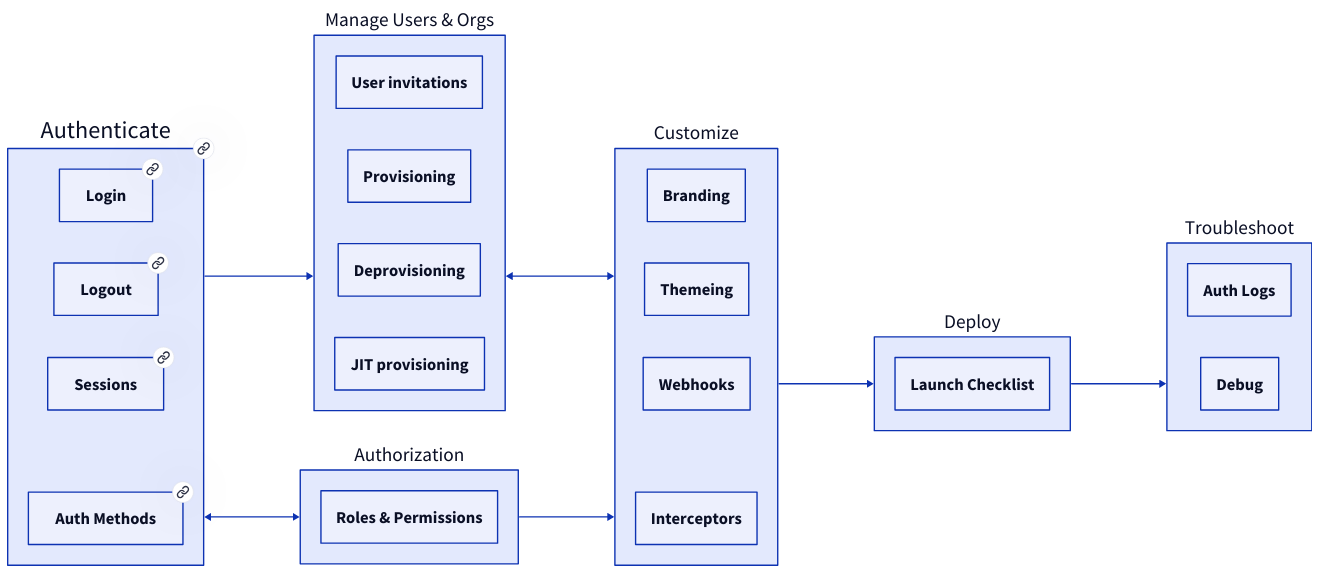
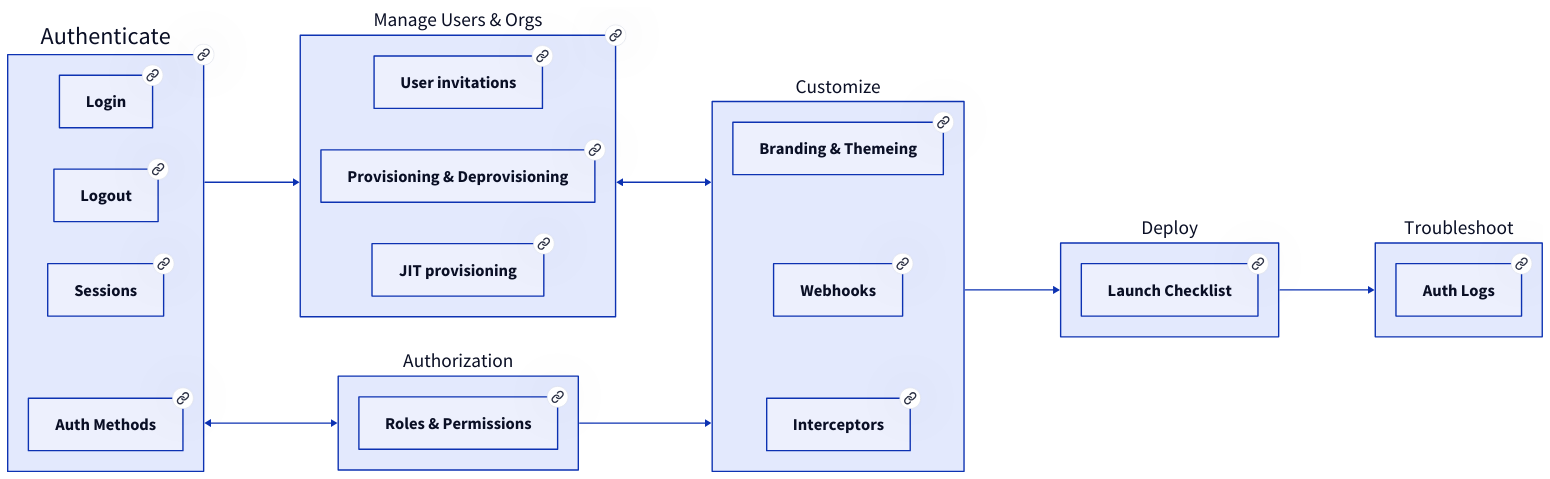
The diagram in src/content/docs/index.mdx (scalekit-inc/developer-docs), drawn with D2 before and after one commit. The commit also changed 1 other file, not shown here.

Commit message:
chore: update SVG diagram for user invitations and enhance index documentation with improved links for better navigation and clarity

````diff
--- a/src/content/docs/index.mdx
+++ b/src/content/docs/index.mdx
@@ -29,7 +29,9 @@
 ```d2 inline=true
 direction: right;
 
-a: "Manage Users & Orgs"
+a: "Manage Users & Orgs" {
+  link: "/fsa/guides/manage-users"
+}
 
 Authenticate.Login {
   link: "/#for-agent-developers"
@@ -61,34 +63,35 @@
 Authenticate -> a
 
 a."User invitations" {
+  link: "/fsa/guides/user-invitations"
   style.font-size: 24
 }
-a."Provisioning" {
-  style.font-size: 24
-}
-a."Deprovisioning" {
+a."Provisioning & Deprovisioning" {
+  link: "/directory/scim/quickstart"
   style.font-size: 24
 }
 a."JIT provisioning" {
+  link: "/fsa/guides/just-in-time-provisioning"
   style.font-size: 24
 }
 
 Authenticate <> Authorization
 
 Authorization."Roles & Permissions" {
+  link: "/fsa/guides/app-roles"
   style.font-size: 24
 }
 
-Customize.Branding {
-  style.font-size: 24
-}
-Customize.Themeing {
+Customize."Branding & Themeing" {
+  link: "/fsa/guides/login-page-branding"
   style.font-size: 24
 }
 Customize.Webhooks {
+  link: "/reference/webhooks/directory-events/"
   style.font-size: 24
 }
 Customize.Interceptors {
+  link: "/guides/auth-flow-interceptors"
   style.font-size: 24
 }
 
@@ -96,15 +99,14 @@
 Authorization -> Customize
 
 Deploy."Launch Checklist" {
+  link: "/authenticate/launch-checklist"
   style.font-size: 24
 }
 
 Customize -> Deploy
 
 Troubleshoot."Auth Logs" {
-  style.font-size: 24
-}
-Troubleshoot."Debug" {
+  link: "/guides/dashboard/auth-logs"
   style.font-size: 24
 }
 
````
